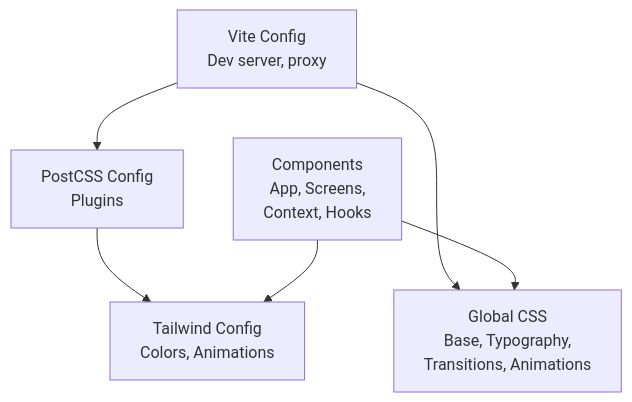
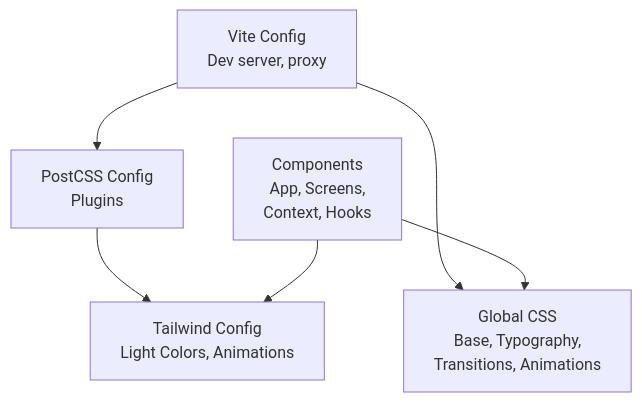
One commit to sparshgupta001/imposter_game changed the second of 3 diagrams in .qoder/repowiki/en/content/Styling and Design System.md. Above: the diagram before and after it, drawn with Mermaid. The commit also changed other lines of this file and 22 other files, not shown here.

````diff
--- a/.qoder/repowiki/en/content/Styling and Design System.md
+++ b/.qoder/repowiki/en/content/Styling and Design System.md
@@ -104,12 +113,12 @@
 ```mermaid
 graph TB
-TailwindCfg["Tailwind Config<br/>Colors, Animations"]
+TailwindCfg["Tailwind Config<br/>Light Colors, Animations"]
 PostCSSCfg["PostCSS Config<br/>Plugins"]
 ViteCfg["Vite Config<br/>Dev server, proxy"]
 GlobalCSS["Global CSS<br/>Base, Typography,<br/>Transitions, Animations"]
 Components["Components<br/>App, Screens,<br/>Context, Hooks"]
 ViteCfg --> PostCSSCfg --> TailwindCfg
 ViteCfg --> GlobalCSS
 Components --> GlobalCSS
 Components --> TailwindCfg
 ```
````
